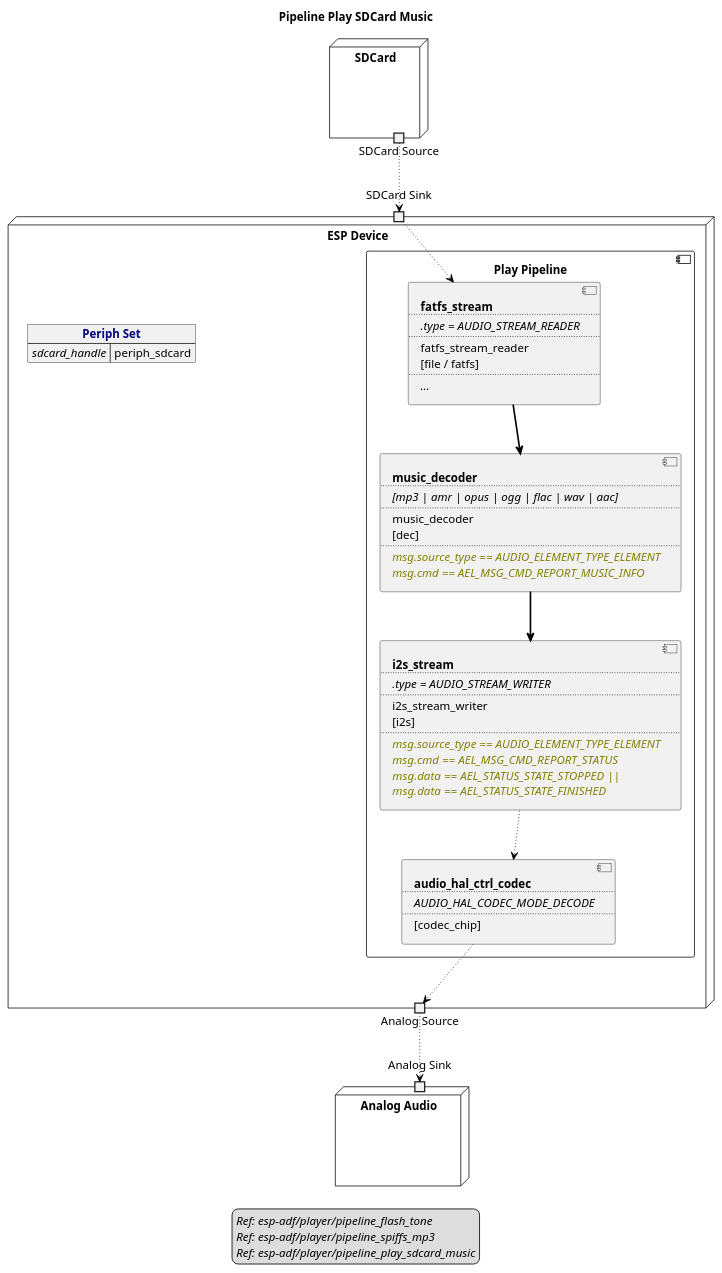
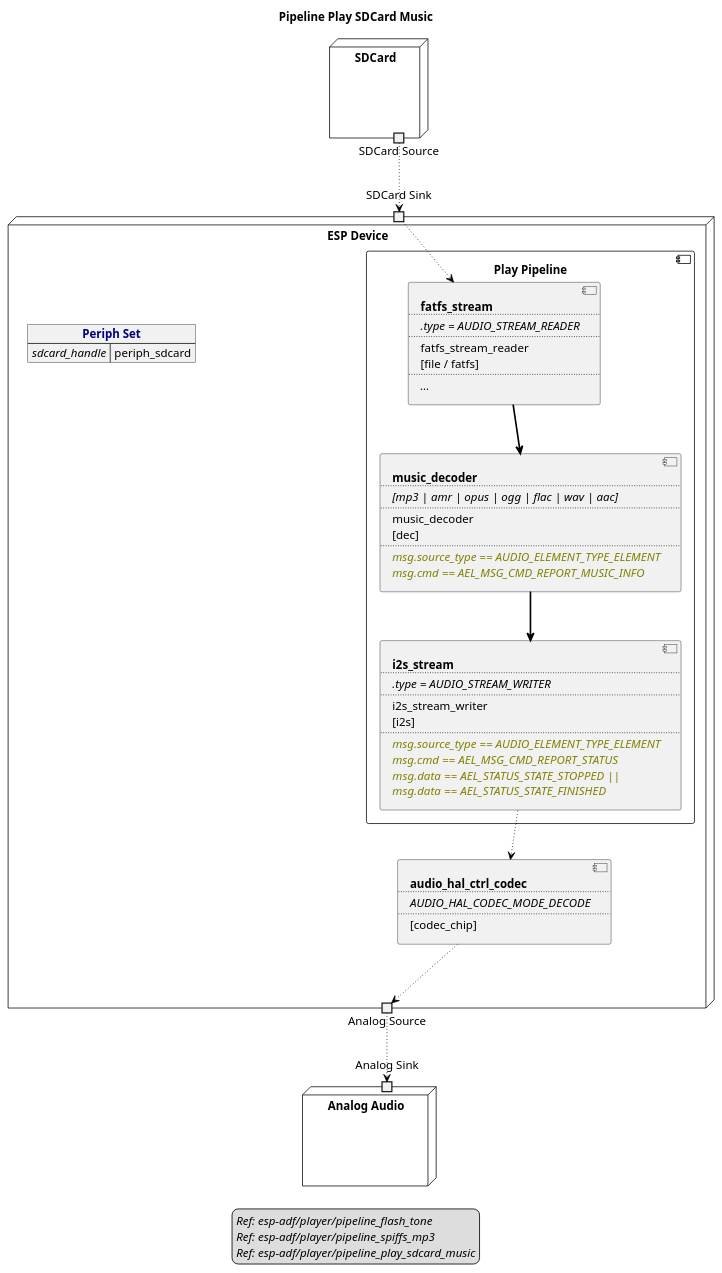
One commit to liang-zhu-zi/open-audio-adapter changed the diagram in examples/esp-adf/player/pipeline_play_sdcard_music/audio-stream-diagram.plantuml. Above: the diagram before and after it, drawn with PlantUML. The commit also changed 13 other files, not shown here.

Commit message:
add audio flow chart

```diff
--- a/examples/esp-adf/player/pipeline_play_sdcard_music/audio-stream-diagram.plantuml
+++ b/examples/esp-adf/player/pipeline_play_sdcard_music/audio-stream-diagram.plantuml
@@ -1,88 +1,88 @@
 @startuml pipeline_play_sdcard_music
 title Pipeline Play SDCard Music
 allowmixing
 
 legend
 //Ref: esp-adf/player/pipeline_flash_tone//
 //Ref: esp-adf/player/pipeline_spiffs_mp3//
 //Ref: esp-adf/player/pipeline_play_sdcard_music//
 end legend
 
 node "SDCard" as SDCard {
     portout "SDCard Source" as SdcardSource
 }
 
 node "ESP Device" as ESPDevice {
 
     json "<b><color navy>Periph Set" as periph_set {
         "<i>sdcard_handle" : "periph_sdcard"
     }
 
     portin "SDCard Sink" as SdcardSink
 
     component "Play Pipeline" as PlayPipeline {
 
         component FatfsStream [
             <b>fatfs_stream
             ....
             <i>.type = AUDIO_STREAM_READER
             ....
             fatfs_stream_reader
             [file / fatfs]
             ....
             <i>...
         ]
 
         component MusicDecoder [
             <b>music_decoder
             ....
             <i>[mp3 | amr | opus | ogg | flac | wav | aac]
             ....
             music_decoder
             [dec]
             ....
             <i><color olive>msg.source_type == AUDIO_ELEMENT_TYPE_ELEMENT
             <i><color olive>msg.cmd == AEL_MSG_CMD_REPORT_MUSIC_INFO
         ]
 
         component I2SStream [
             <b>i2s_stream
             ....
             <i>.type = AUDIO_STREAM_WRITER
             ....
             i2s_stream_writer
             [i2s]
             ....
             <i><color olive>msg.source_type == AUDIO_ELEMENT_TYPE_ELEMENT
             <i><color olive>msg.cmd == AEL_MSG_CMD_REPORT_STATUS
             <i><color olive>msg.data == AEL_STATUS_STATE_STOPPED ||
             <i><color olive>msg.data == AEL_STATUS_STATE_FINISHED
         ]
+    }
 
-        component HALCodec [
-            <b>audio_hal_ctrl_codec
-            ....
-            <i>AUDIO_HAL_CODEC_MODE_DECODE
-            ....
-            [codec_chip]
-        ]
-    }
+    component HALCodec [
+        <b>audio_hal_ctrl_codec
+        ....
+        <i>AUDIO_HAL_CODEC_MODE_DECODE
+        ....
+        [codec_chip]
+    ]
 
     portout "Analog Source" as AnalogSource
 } 
 
 node "Analog Audio" as AnalogAudio  {
     portin "Analog Sink" as AnalogSink
 }
 
 SdcardSource --> SdcardSink     #line:black;line.dotted;text:black
 
 SdcardSink --> FatfsStream      #line:black;line.dotted;text:black
 FatfsStream--> MusicDecoder       #line:black;line.bold;text:black
 MusicDecoder --> I2SStream        #line:black;line.bold;text:black
 I2SStream  --> HALCodec         #line:black;line.dotted;text:black
 HALCodec   --> AnalogSource     #line:black;line.dotted;text:black
 
 AnalogSource --> AnalogSink     #line:black;line.dotted;text:black
 
 @enduml
```
